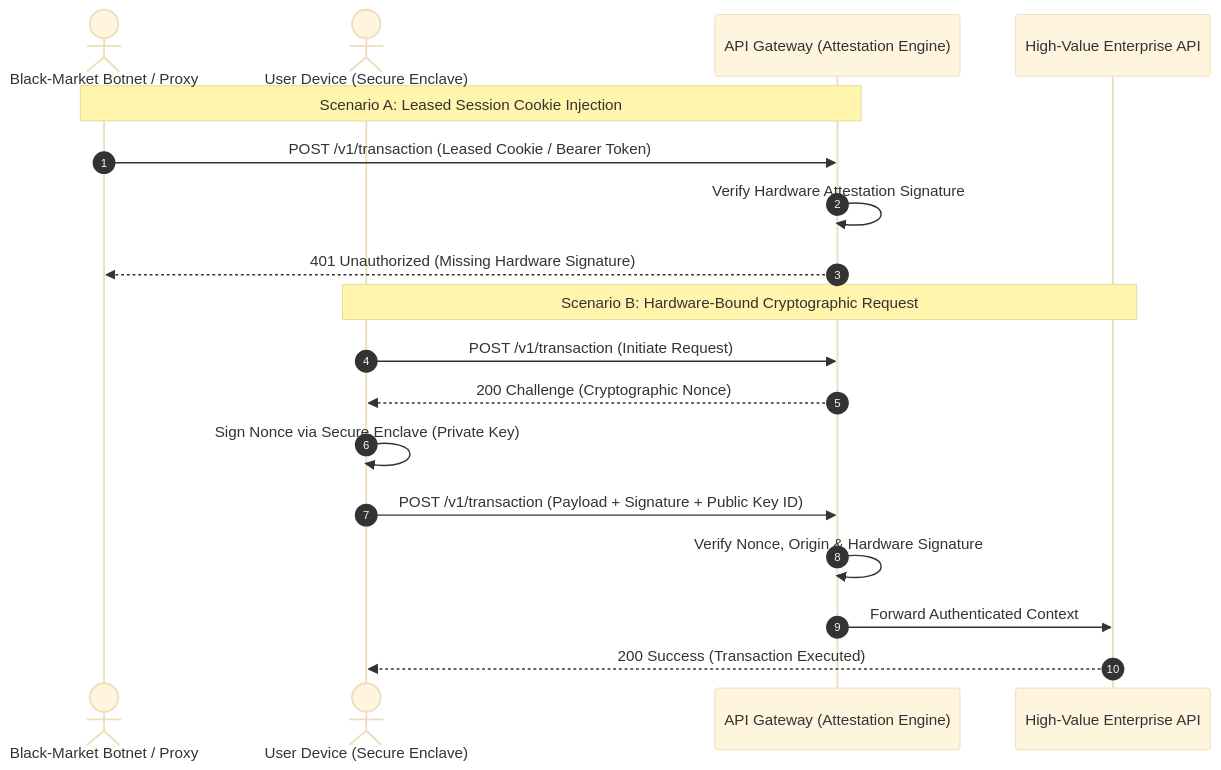
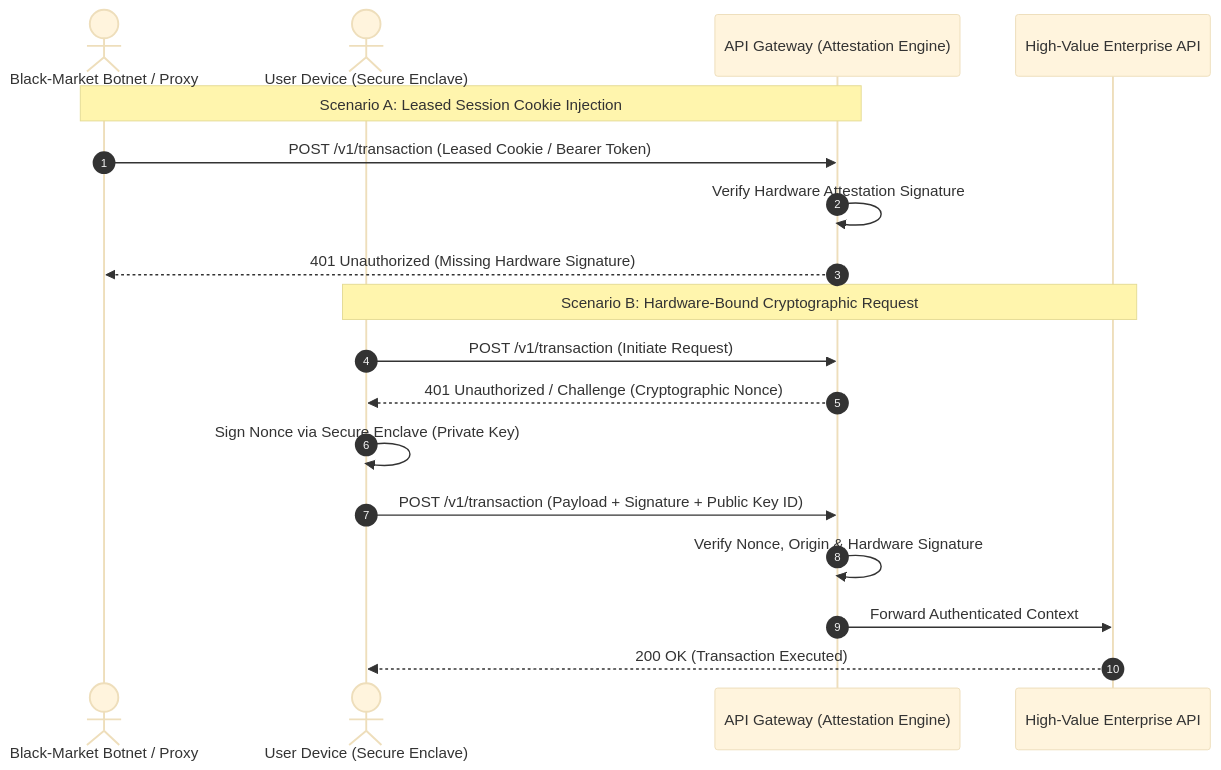
Before and after one commit to 26200602/SIA-Agentic-AI-Architecture: the diagram in docs/threat-models/hardware-bound-api-architecture.md, drawn with Mermaid (base theme).

Commit message:
Update hardware-bound-api-architecture.md
update Authentication & Authorisation Sequence diagram

````diff
--- a/docs/threat-models/hardware-bound-api-architecture.md
+++ b/docs/threat-models/hardware-bound-api-architecture.md
@@ -90,24 +90,24 @@
 ```mermaid
 sequenceDiagram
     autonumber
     actor Attacker as Black-Market Botnet / Proxy
     actor User as User Device (Secure Enclave)
     participant Gateway as API Gateway (Attestation Engine)
     participant Service as High-Value Enterprise API
 
     %% Attack Attempt Scenario
     Note over Attacker, Gateway: Scenario A: Leased Session Cookie Injection
     Attacker->>Gateway: POST /v1/transaction (Leased Cookie / Bearer Token)
     Gateway->>Gateway: Verify Hardware Attestation Signature
     Gateway-->>Attacker: 401 Unauthorized (Missing Hardware Signature)
 
     %% Legitimate Hardware-Bound Scenario
     Note over User, Service: Scenario B: Hardware-Bound Cryptographic Request
     User->>Gateway: POST /v1/transaction (Initiate Request)
-    Gateway-->>User: 200 Challenge (Cryptographic Nonce)
+    Gateway-->>User: 401 Unauthorized / Challenge (Cryptographic Nonce)
     User->>User: Sign Nonce via Secure Enclave (Private Key)
     User->>Gateway: POST /v1/transaction (Payload + Signature + Public Key ID)
     Gateway->>Gateway: Verify Nonce, Origin & Hardware Signature
     Gateway->>Service: Forward Authenticated Context
-    Service-->>User: 200 Success (Transaction Executed)
+    Service-->>User: 200 OK (Transaction Executed)
 ```
````
